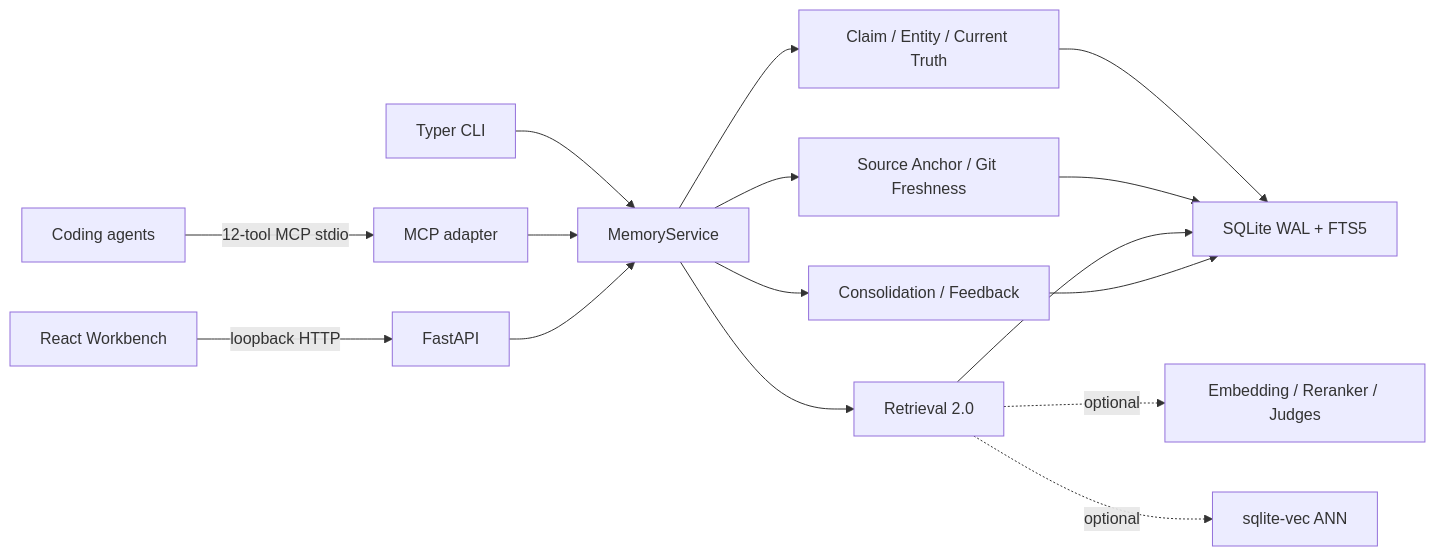
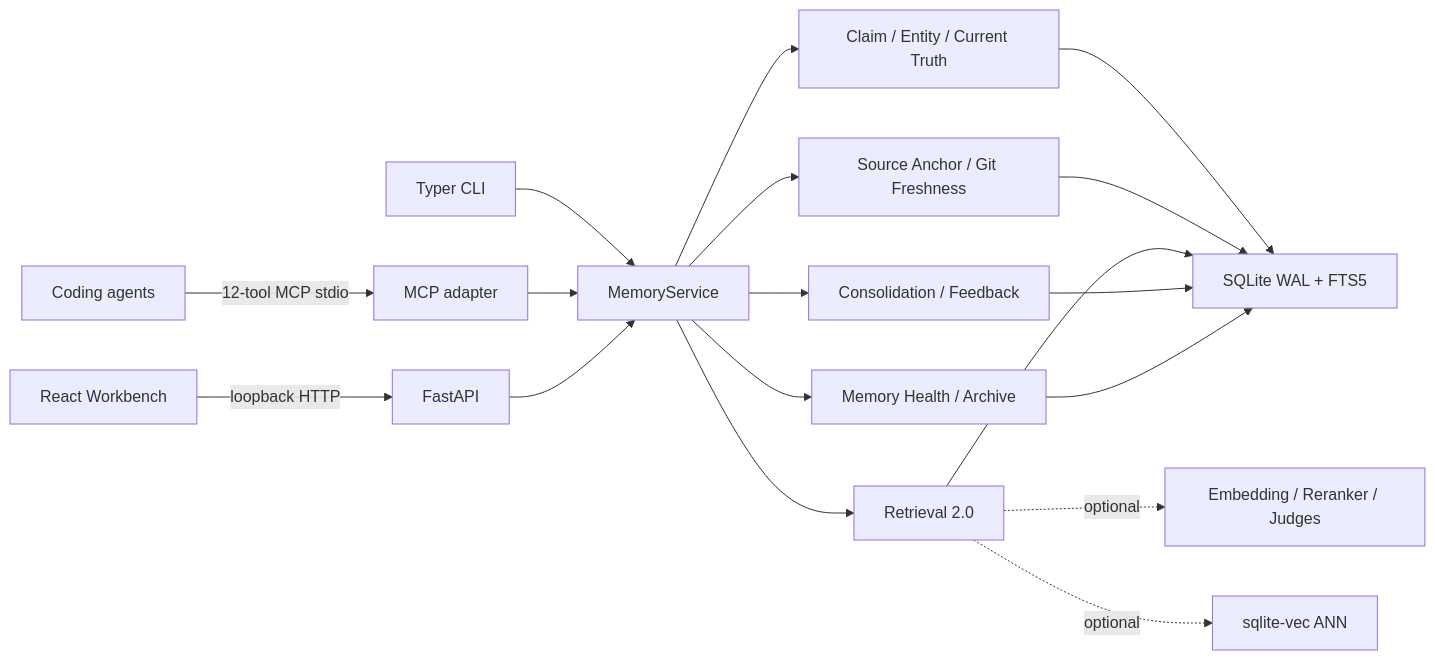
One commit to tianhao8687/MemoryOS changed the first of 2 diagrams in ARCHITECTURE.md. Above: the diagram before and after it, drawn with Mermaid. The commit also changed other lines of this file and 78 other files, not shown here.

````diff
--- a/ARCHITECTURE.md
+++ b/ARCHITECTURE.md
@@ -11,18 +11,20 @@
 ```mermaid
 flowchart LR
     Agents["Coding agents"] -->|"12-tool MCP stdio"| MCP["MCP adapter"]
     CLI["Typer CLI"] --> Service["MemoryService"]
     UI["React Workbench"] -->|"loopback HTTP"| API["FastAPI"]
     MCP --> Service
     API --> Service
     Service --> Truth["Claim / Entity / Current Truth"]
     Service --> Fresh["Source Anchor / Git Freshness"]
     Service --> Retrieval["Retrieval 2.0"]
     Service --> Consolidation["Consolidation / Feedback"]
+    Service --> Health["Memory Health / Archive"]
     Truth --> DB["SQLite WAL + FTS5"]
     Fresh --> DB
     Retrieval --> DB
     Consolidation --> DB
+    Health --> DB
     Retrieval -. optional .-> Providers["Embedding / Reranker / Judges"]
     Retrieval -. optional .-> ANN["sqlite-vec ANN"]
 ```
````
